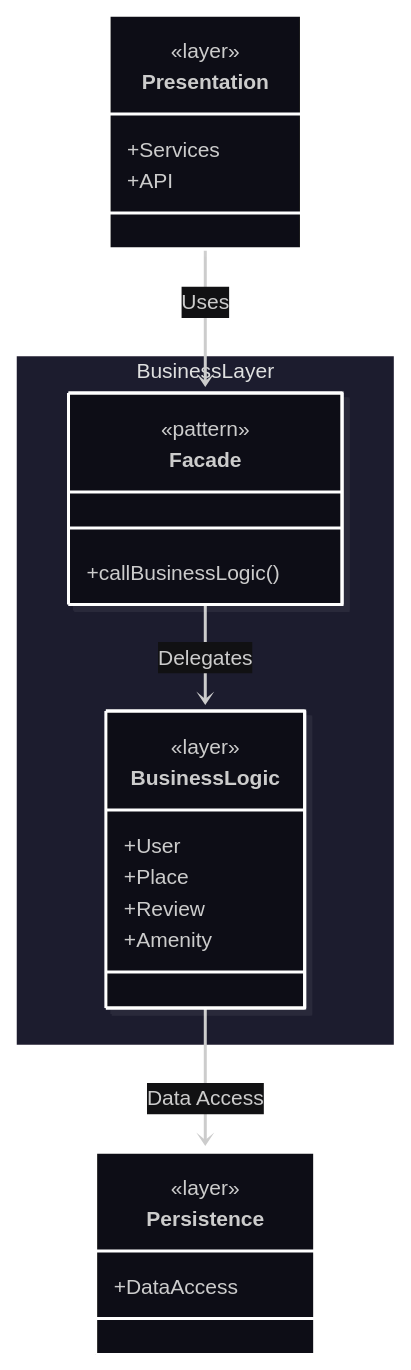
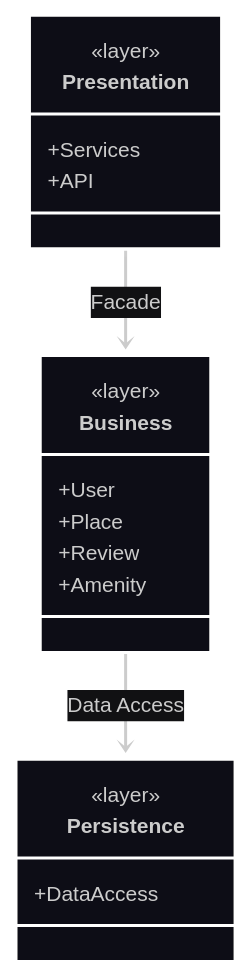
The first of 6 diagrams in README.md (feratholberton/holbertonschool-hbnb), drawn with Mermaid before and after one commit. The commit also changed other lines of this file, not shown here.

Commit message:
Facade as arrow

````diff
--- a/README.md
+++ b/README.md
@@ -5,33 +5,29 @@
 ```mermaid
 ---
 config:
   theme: redux-dark
   look: neo
 ---
 classDiagram
 class Presentation {
-  <<layer>>
-  +Services
-  +API
+    <<layer>>
+    +Services
+    +API
 }
-namespace BusinessLayer {
-  class Facade {
-    <<pattern>>
-    +callBusinessLogic()
-  }
-  class BusinessLogic {
+
+class Business {
     <<layer>>
     +User
     +Place
     +Review
     +Amenity
-  }
 }
+
 class Persistence {
-  <<layer>>
-  +DataAccess
+    <<layer>>
+    +DataAccess
 }
-Presentation --> Facade : Uses
-Facade --> BusinessLogic : Delegates
-BusinessLogic --> Persistence : Data Access
+
+Presentation --> Business : Facade
+Business --> Persistence : Data Access
 ```
````
